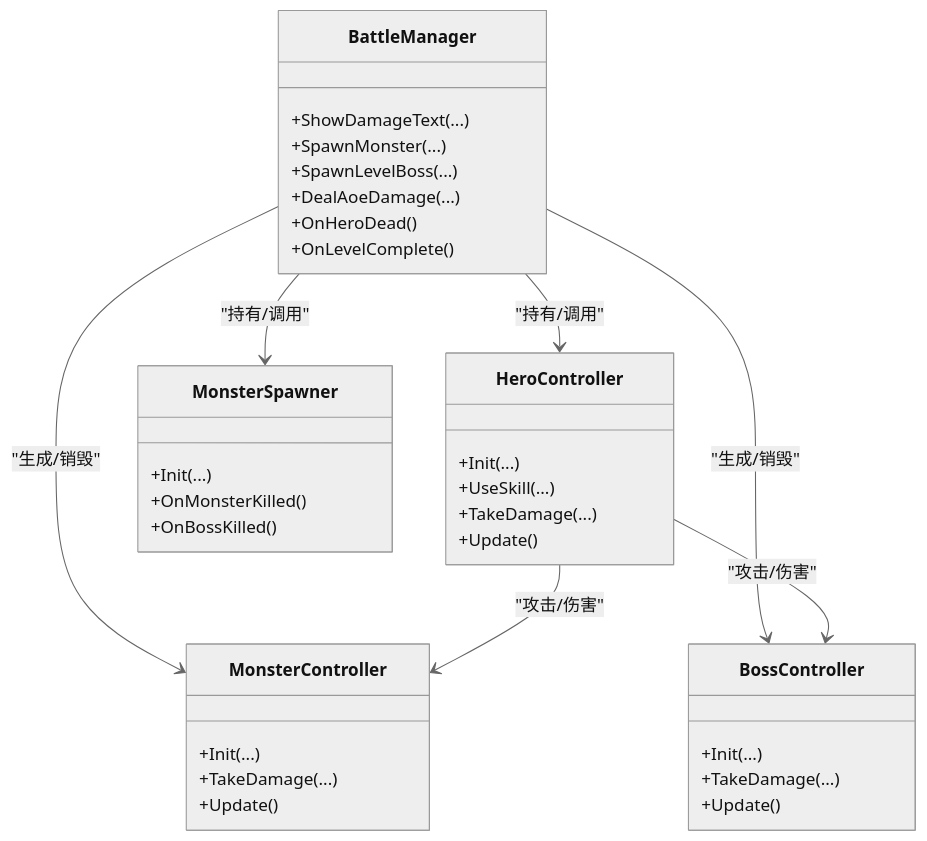
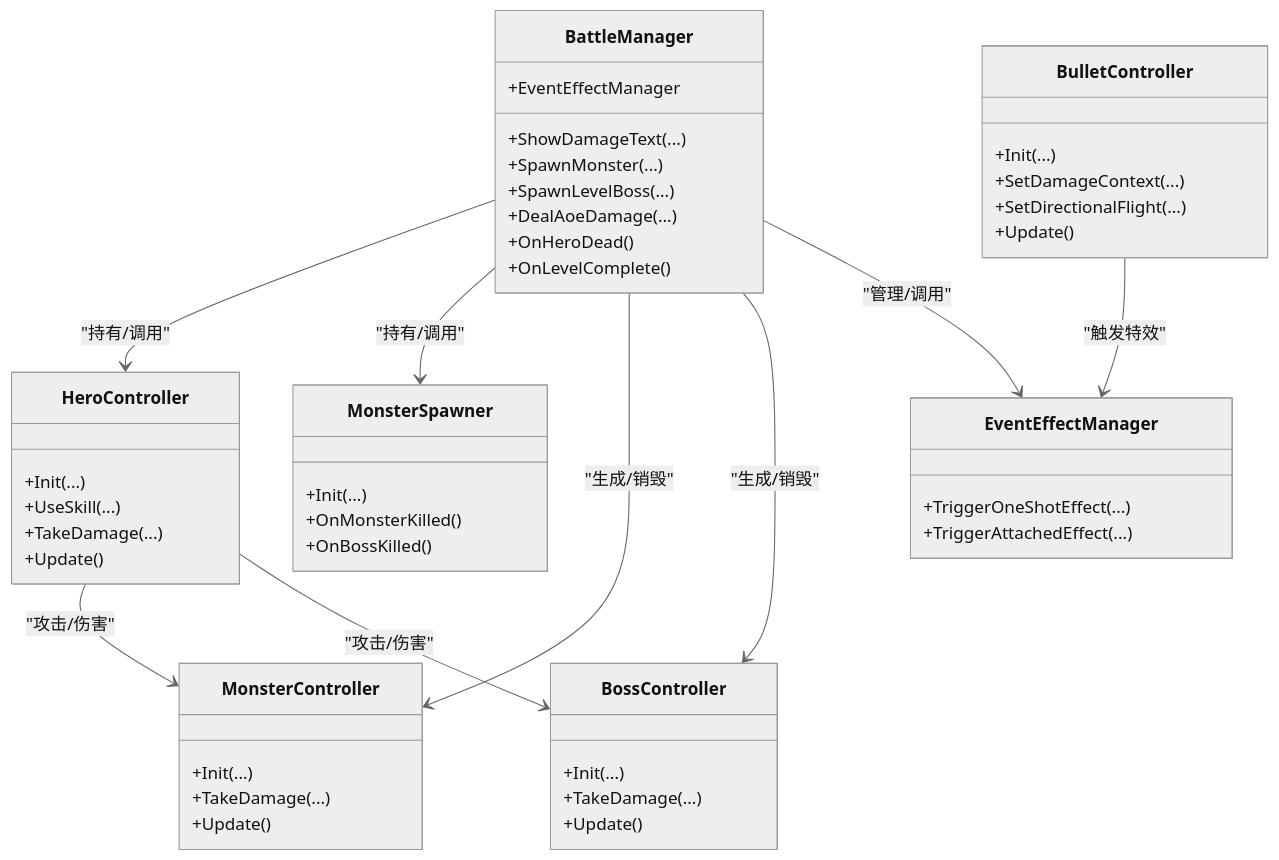
Before and after one commit to Tuusen/p1_client: the third of 8 diagrams in .qoder/repowiki/zh/content/战斗系统/战斗系统.md, drawn with Mermaid (neutral theme). The commit also changed other lines of this file and 14 other files, not shown here.

````diff
--- a/.qoder/repowiki/zh/content/战斗系统/战斗系统.md
+++ b/.qoder/repowiki/zh/content/战斗系统/战斗系统.md
@@ -145,38 +167,51 @@
 ```mermaid
 classDiagram
 class BattleManager {
 +ShowDamageText(...)
 +SpawnMonster(...)
 +SpawnLevelBoss(...)
 +DealAoeDamage(...)
 +OnHeroDead()
 +OnLevelComplete()
++EventEffectManager
 }
 class HeroController {
 +Init(...)
 +UseSkill(...)
 +TakeDamage(...)
 +Update()
 }
 class MonsterController {
 +Init(...)
 +TakeDamage(...)
 +Update()
 }
 class BossController {
 +Init(...)
 +TakeDamage(...)
 +Update()
 }
 class MonsterSpawner {
 +Init(...)
 +OnMonsterKilled()
 +OnBossKilled()
 }
+class EventEffectManager {
++TriggerOneShotEffect(...)
++TriggerAttachedEffect(...)
+}
+class BulletController {
++Init(...)
++SetDamageContext(...)
++SetDirectionalFlight(...)
++Update()
+}
 BattleManager --> HeroController : "持有/调用"
 BattleManager --> MonsterSpawner : "持有/调用"
 BattleManager --> MonsterController : "生成/销毁"
 BattleManager --> BossController : "生成/销毁"
+BattleManager --> EventEffectManager : "管理/调用"
 HeroController --> MonsterController : "攻击/伤害"
 HeroController --> BossController : "攻击/伤害"
+BulletController --> EventEffectManager : "触发特效"
 ```
````
